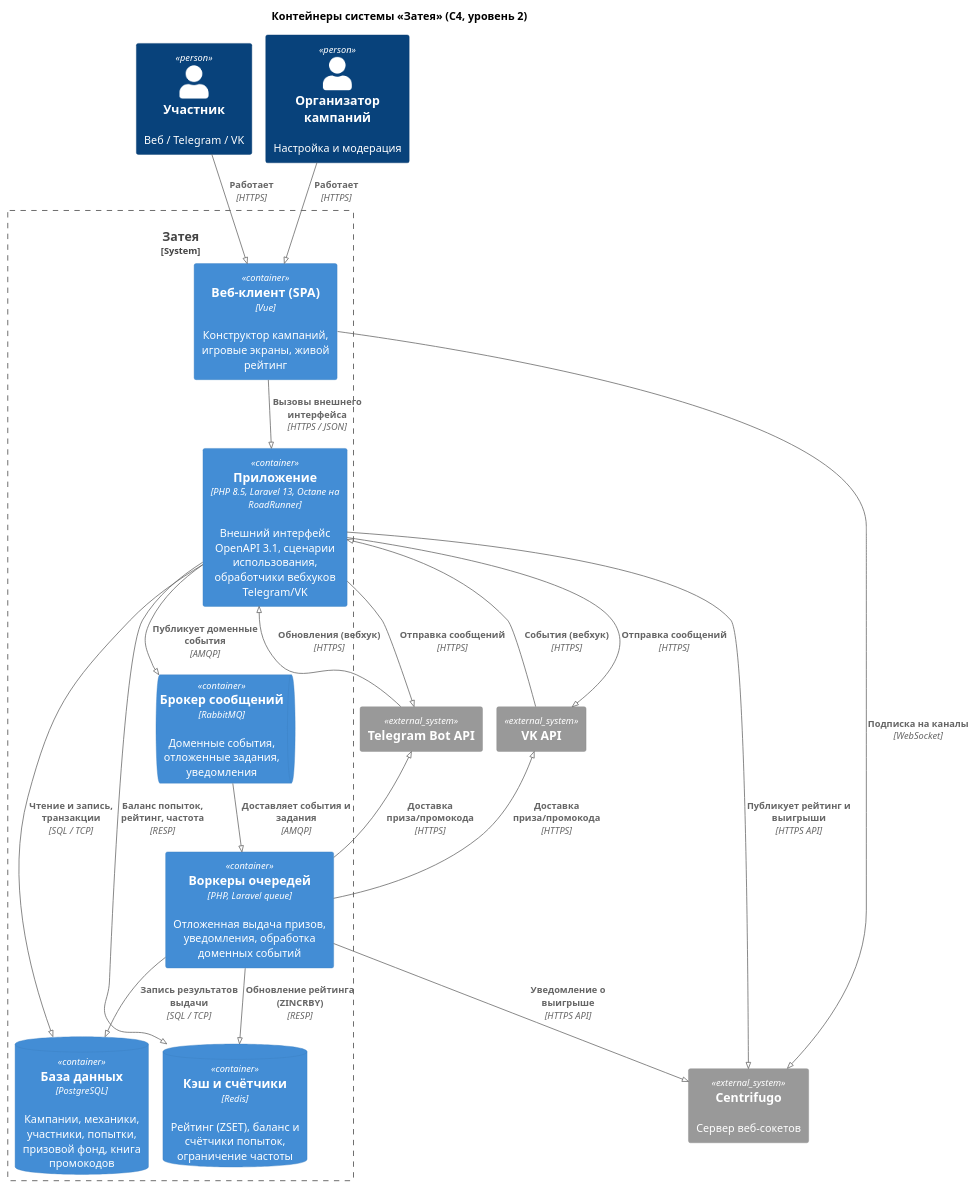
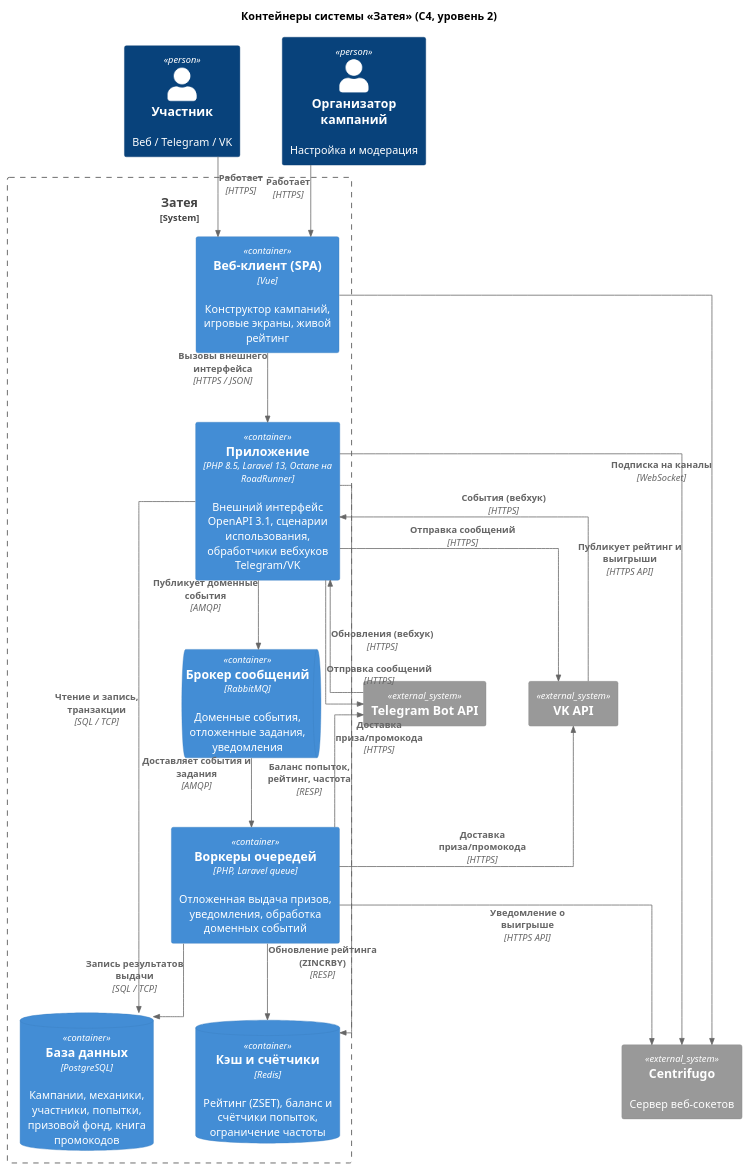
The diagram in docs/diagrams/src/c4-container.puml (sonytruelove/zateya), drawn with PlantUML before and after one commit. The commit also changed 12 other files, not shown here.

First line of the commit message:
Диаграммы: строго ортогональные связи

```diff
--- a/docs/diagrams/src/c4-container.puml
+++ b/docs/diagrams/src/c4-container.puml
@@ -1,50 +1,51 @@
 @startuml c4-container
 ' C4, уровень 2 — контейнеры системы «Затея»
-!pragma layout smetana
 !include ../.tools/c4/C4_Container.puml
 
 skinparam linetype ortho
+skinparam nodesep 55
+skinparam ranksep 90
 skinparam defaultFontName sans-serif
 LAYOUT_TOP_DOWN()
 
 title Контейнеры системы «Затея» (C4, уровень 2)
 
 Person(participant, "Участник", "Веб / Telegram / VK")
 Person(organizer, "Организатор кампаний", "Настройка и модерация")
 
 System_Boundary(zateya, "Затея") {
   Container(spa, "Веб-клиент (SPA)", "Vue", "Конструктор кампаний, игровые экраны, живой рейтинг")
   Container(api, "Приложение", "PHP 8.5, Laravel 13, Octane на RoadRunner", "Внешний интерфейс OpenAPI 3.1, сценарии использования, обработчики вебхуков Telegram/VK")
   Container(workers, "Воркеры очередей", "PHP, Laravel queue", "Отложенная выдача призов, уведомления, обработка доменных событий")
   ContainerDb(pg, "База данных", "PostgreSQL", "Кампании, механики, участники, попытки, призовой фонд, книга промокодов")
   ContainerDb(redis, "Кэш и счётчики", "Redis", "Рейтинг (ZSET), баланс и счётчики попыток, ограничение частоты")
   ContainerQueue(rmq, "Брокер сообщений", "RabbitMQ", "Доменные события, отложенные задания, уведомления")
 }
 
 System_Ext(centrifugo, "Centrifugo", "Сервер веб-сокетов")
 System_Ext(tg, "Telegram Bot API", "")
 System_Ext(vk, "VK API", "")
 
 Rel(participant, spa, "Работает", "HTTPS")
 Rel(organizer, spa, "Работает", "HTTPS")
 Rel(spa, api, "Вызовы внешнего интерфейса", "HTTPS / JSON")
 Rel(spa, centrifugo, "Подписка на каналы", "WebSocket")
 
 Rel(tg, api, "Обновления (вебхук)", "HTTPS")
 Rel(vk, api, "События (вебхук)", "HTTPS")
 Rel(api, tg, "Отправка сообщений", "HTTPS")
 Rel(api, vk, "Отправка сообщений", "HTTPS")
 
 Rel(api, pg, "Чтение и запись, транзакции", "SQL / TCP")
 Rel(api, redis, "Баланс попыток, рейтинг, частота", "RESP")
 Rel(api, rmq, "Публикует доменные события", "AMQP")
 Rel(api, centrifugo, "Публикует рейтинг и выигрыши", "HTTPS API")
 
 Rel(rmq, workers, "Доставляет события и задания", "AMQP")
 Rel(workers, pg, "Запись результатов выдачи", "SQL / TCP")
 Rel(workers, redis, "Обновление рейтинга (ZINCRBY)", "RESP")
 Rel(workers, centrifugo, "Уведомление о выигрыше", "HTTPS API")
 Rel(workers, tg, "Доставка приза/промокода", "HTTPS")
 Rel(workers, vk, "Доставка приза/промокода", "HTTPS")
 
 @enduml
```
